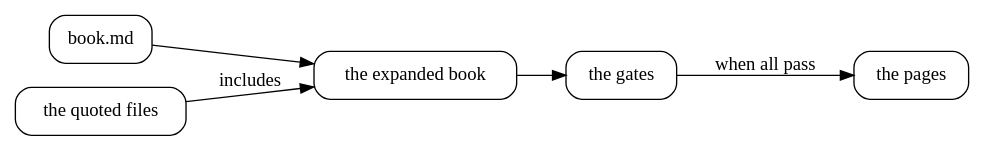
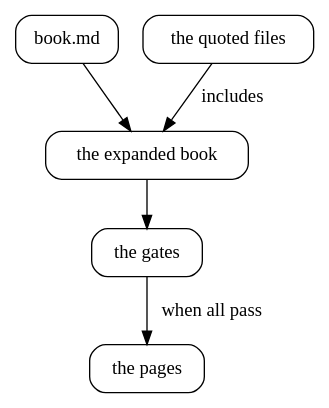
The first of 2 diagrams in books-book/book.md (showell/shale), drawn with Graphviz before and after one commit. The commit also changed other lines of this file and 2 other files, not shown here.

````diff
--- a/books-book/book.md
+++ b/books-book/book.md
@@ -47,15 +49,14 @@
 ```dot The build, from the source to the pages
 digraph {
-  rankdir=LR;
   node [shape=box, style=rounded];
   src [label="book.md"];
   files [label="the quoted files"];
   ex [label="the expanded book"];
   gates [label="the gates"];
   pages [label="the pages"];
   files -> ex [label="includes"];
   src -> ex;
   ex -> gates;
   gates -> pages [label="when all pass"];
 }
 ```
````
